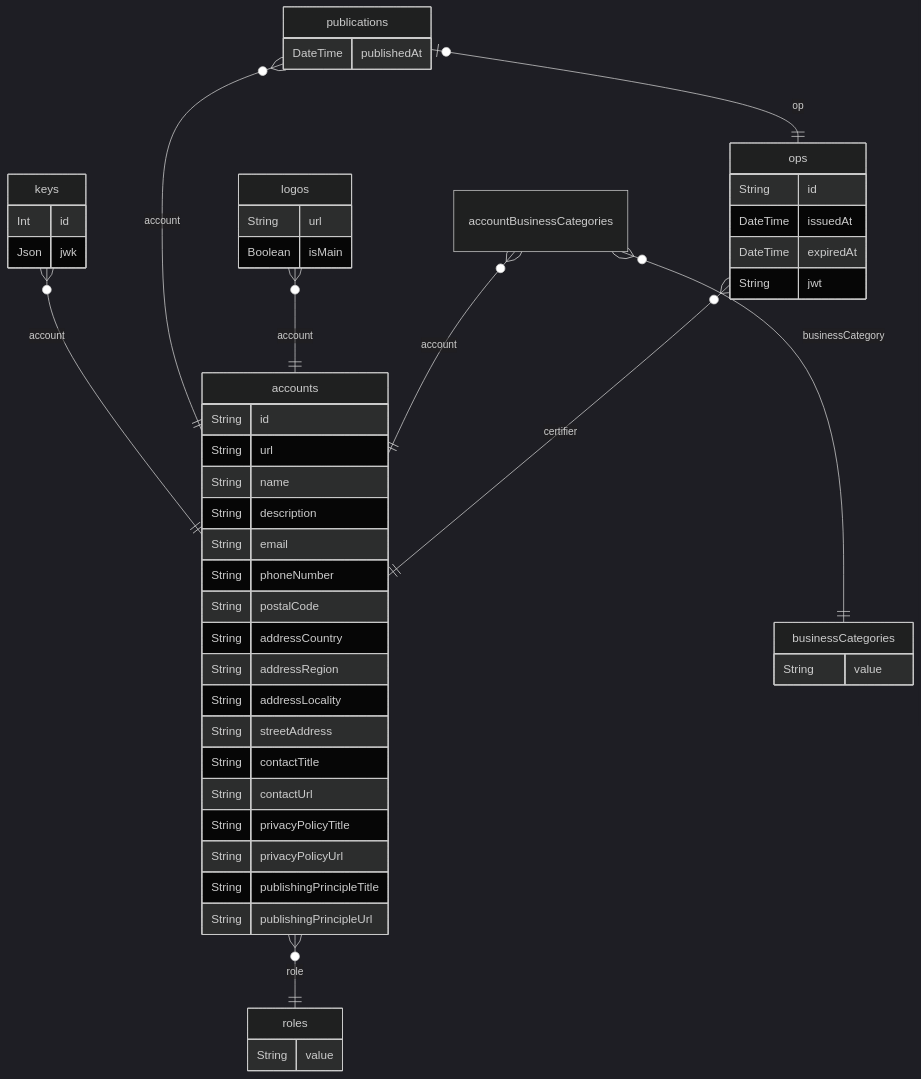
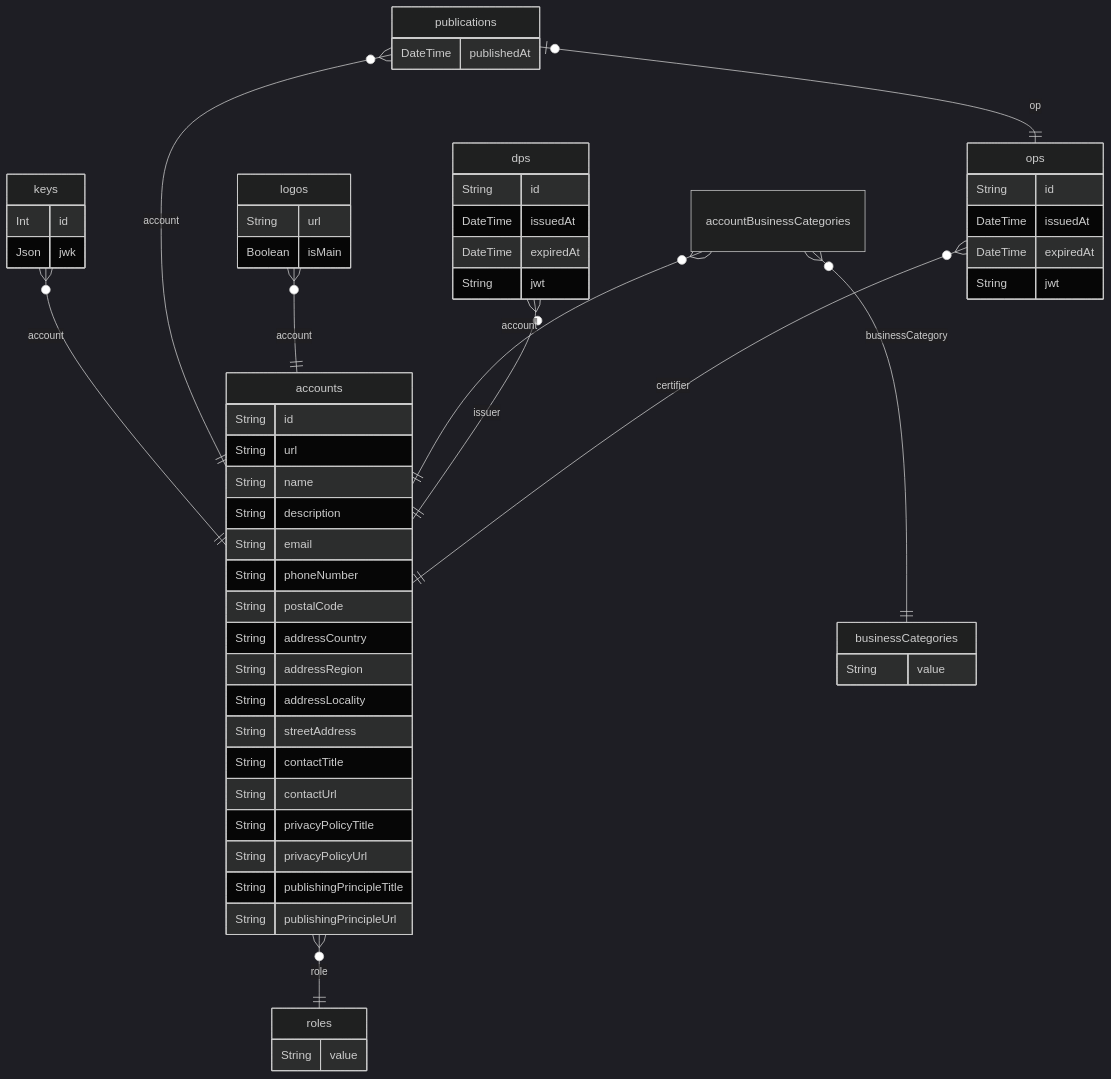
Before and after one commit to originator-profile/profile-share: the diagram in docs/registry/assets/erd.md, drawn with Mermaid (dark theme). The commit also changed 4 other files, not shown here.

````diff
--- a/docs/registry/assets/erd.md
+++ b/docs/registry/assets/erd.md
@@ -1,72 +1,81 @@
 ```mermaid
 erDiagram
 
   ops {
+      String id
+    DateTime issuedAt
+    DateTime expiredAt
+    String jwt
+    }
+  
+
+  dps {
       String id
     DateTime issuedAt
     DateTime expiredAt
     String jwt
     }
   
 
   accounts {
       String id
     String url
     String name
     String description
     String email
     String phoneNumber
     String postalCode
     String addressCountry
     String addressRegion
     String addressLocality
     String streetAddress
     String contactTitle
     String contactUrl
     String privacyPolicyTitle
     String privacyPolicyUrl
     String publishingPrincipleTitle
     String publishingPrincipleUrl
     }
   
 
   roles {
       String value
     }
   
 
   businessCategories {
       String value
     }
   
 
   accountBusinessCategories {
   
     }
   
 
   logos {
       String url
     Boolean isMain
     }
   
 
   publications {
       DateTime publishedAt
     }
   
 
   keys {
       Int id
     Json jwk
     }
   
     ops o{--|| accounts : "certifier"
+    dps o{--|| accounts : "issuer"
     accounts o{--|| roles : "role"
     accountBusinessCategories o{--|| accounts : "account"
     accountBusinessCategories o{--|| businessCategories : "businessCategory"
     logos o{--|| accounts : "account"
     publications o|--|| ops : "op"
     publications o{--|| accounts : "account"
     keys o{--|| accounts : "account"
 ```
````
